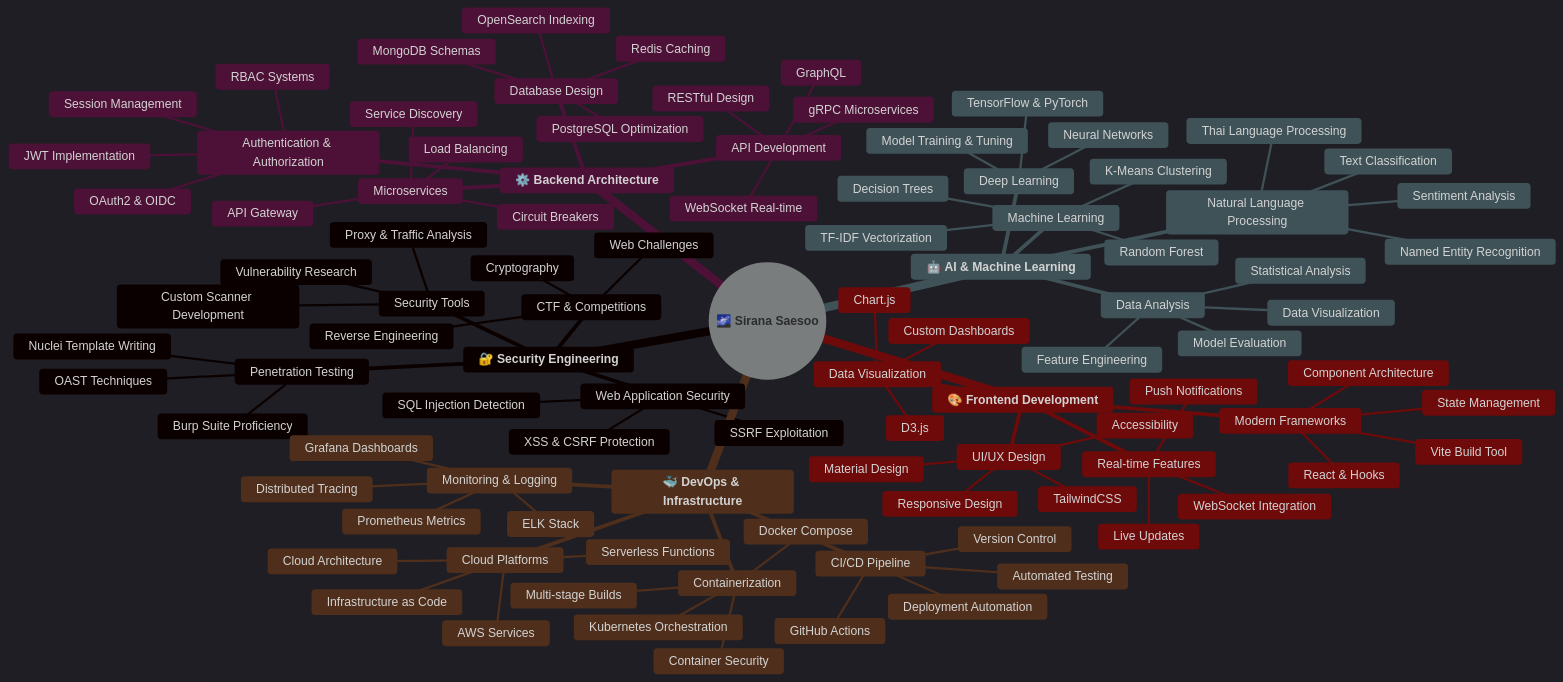
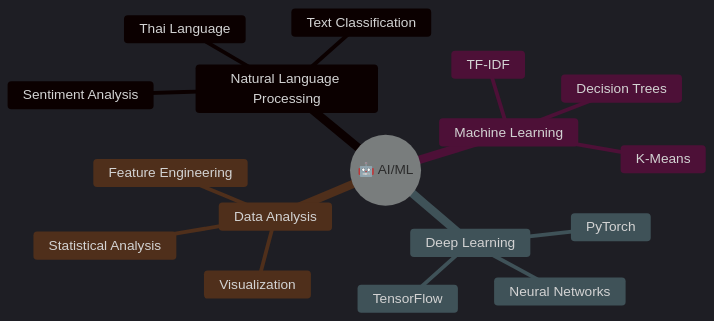
The third of 4 diagrams in README.md (67991023/67991023), drawn with Mermaid before and after one commit. The commit also changed other lines of this file, not shown here.

````diff
--- a/README.md
+++ b/README.md
@@ -175,107 +251,21 @@
 ```mermaid
-%%{init: {'theme':'dark', 'themeVariables': { 'fontSize':'16px'}}}%%
+%%{init: {'theme':'dark', 'themeVariables': { 'fontSize':'18px'}}}%%
 mindmap
-  root((🌌 **Sirana Saesoo**))
-    🔐 **Security Engineering**
-      Web Application Security
-        SQL Injection Detection
-        XSS & CSRF Protection
-        SSRF Exploitation
-      Penetration Testing
-        Burp Suite Proficiency
-        Nuclei Template Writing
-        OAST Techniques
-      Security Tools
-        Custom Scanner Development
-        Proxy & Traffic Analysis
-        Vulnerability Research
-      CTF & Competitions
-        Web Challenges
-        Cryptography
-        Reverse Engineering
-    
-    ⚙️ **Backend Architecture**
-      API Development
-        RESTful Design
-        GraphQL
-        WebSocket Real-time
-        gRPC Microservices
-      Authentication & Authorization
-        JWT Implementation
-        OAuth2 & OIDC
-        RBAC Systems
-        Session Management
-      Database Design
-        PostgreSQL Optimization
-        MongoDB Schemas
-        Redis Caching
-        OpenSearch Indexing
-      Microservices
-        Service Discovery
-        API Gateway
-        Load Balancing
-        Circuit Breakers
-    
-    🤖 **AI & Machine Learning**
-      Natural Language Processing
-        Thai Language Processing
-        Text Classification
-        Sentiment Analysis
-        Named Entity Recognition
-      Machine Learning
-        K-Means Clustering
-        TF-IDF Vectorization
-        Decision Trees
-        Random Forest
-      Deep Learning
-        Neural Networks
-        TensorFlow & PyTorch
-        Model Training & Tuning
-      Data Analysis
-        Data Visualization
-        Statistical Analysis
-        Feature Engineering
-        Model Evaluation
-    
-    🐳 **DevOps & Infrastructure**
-      Containerization
-        Docker Compose
-        Kubernetes Orchestration
-        Container Security
-        Multi-stage Builds
-      CI/CD Pipeline
-        GitHub Actions
-        Automated Testing
-        Deployment Automation
-        Version Control
-      Monitoring & Logging
-        Prometheus Metrics
-        Grafana Dashboards
-        ELK Stack
-        Distributed Tracing
-      Cloud Platforms
-        AWS Services
-        Cloud Architecture
-        Serverless Functions
-        Infrastructure as Code
-    
-    🎨 **Frontend Development**
-      Modern Frameworks
-        React & Hooks
-        Vite Build Tool
-        State Management
-        Component Architecture
-      Real-time Features
-        WebSocket Integration
-        Live Updates
-        Push Notifications
-      Data Visualization
-        Chart.js
-        D3.js
-        Custom Dashboards
-      UI/UX Design
-        Responsive Design
-        TailwindCSS
-        Material Design
-        Accessibility
+  root((🤖 AI/ML))
+    Natural Language Processing
+      Thai Language
+      Text Classification
+      Sentiment Analysis
+    Machine Learning
+      K-Means
+      TF-IDF
+      Decision Trees
+    Deep Learning
+      Neural Networks
+      TensorFlow
+      PyTorch
+    Data Analysis
+      Visualization
+      Statistical Analysis
+      Feature Engineering
 ```
````
